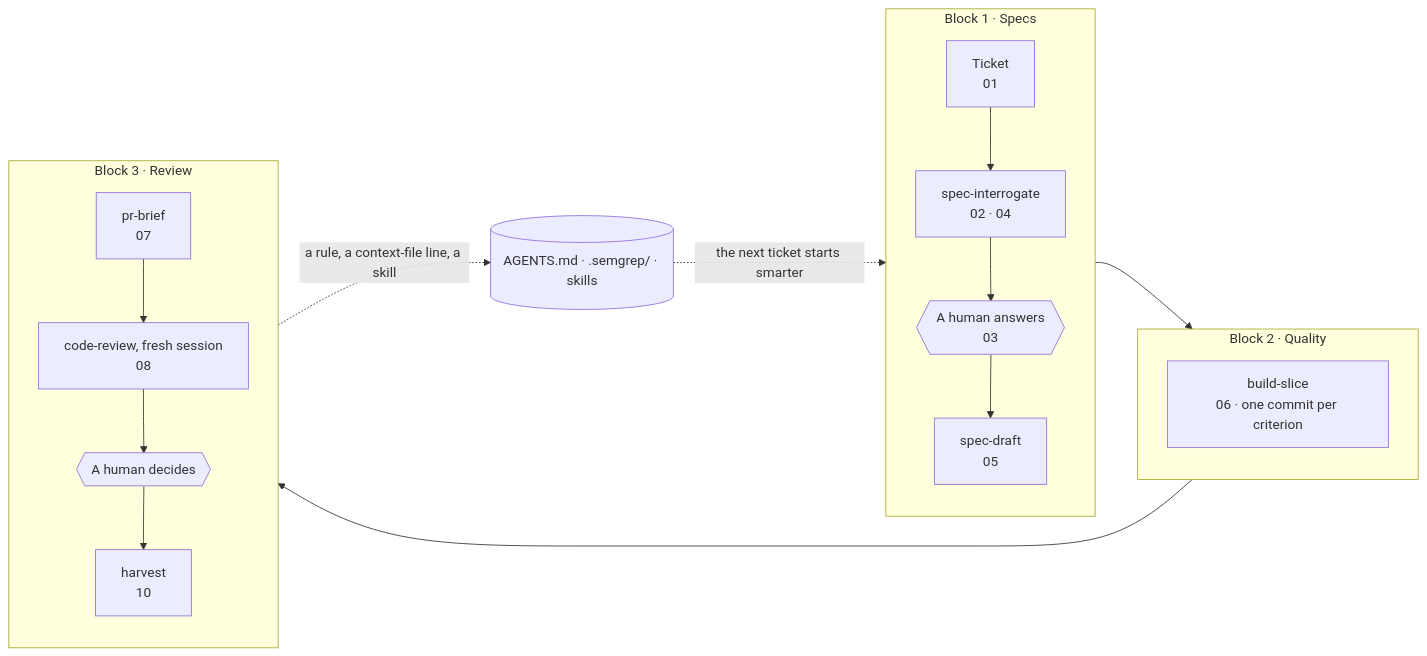
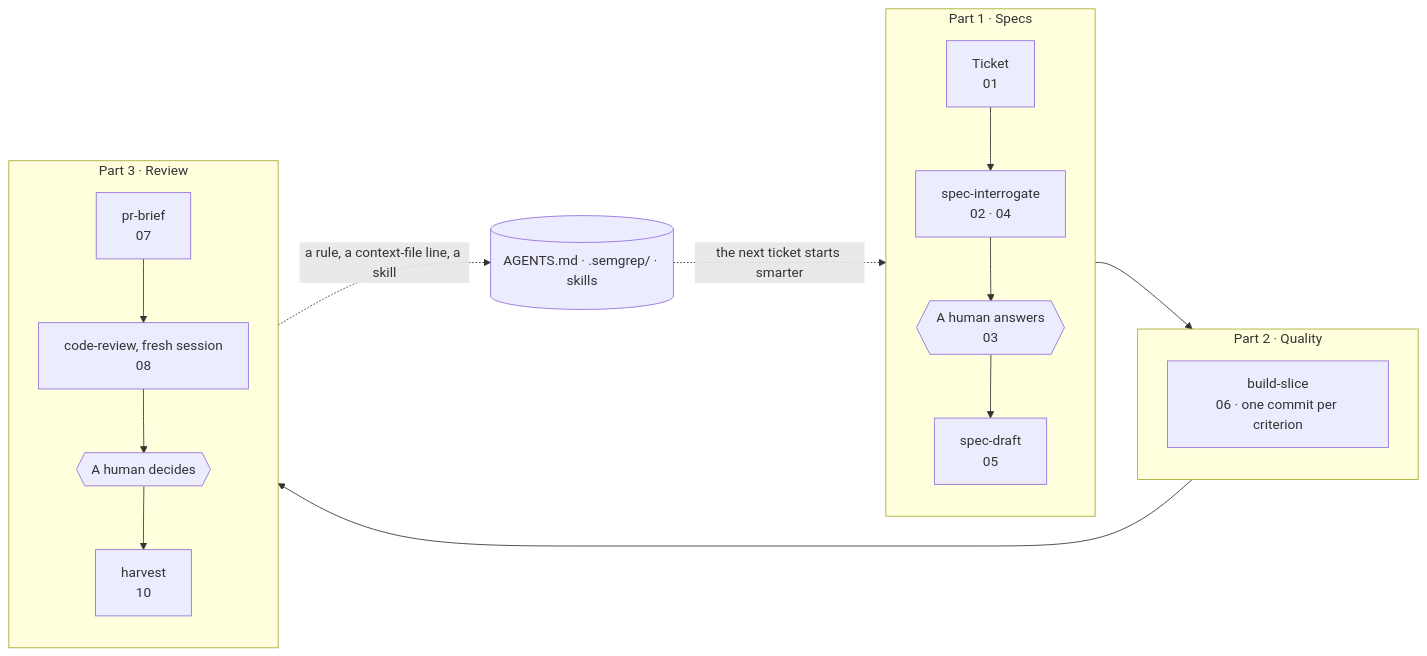
Before and after one commit to limsijie93/tt-masterclass-agentic-sdlc: the third of 9 diagrams in course/guide.md, drawn with Mermaid. The commit also changed other lines of this file and 28 other files, not shown here.

````diff
--- a/course/guide.md
+++ b/course/guide.md
@@ -63,22 +89,22 @@
 ```mermaid
 flowchart LR
-    subgraph specs["Block 1 · Specs"]
+    subgraph specs["Part 1 · Specs"]
         direction TB
         ticket["Ticket<br/>01"] --> si["spec-interrogate<br/>02 · 04"]
         si --> h1{{"A human answers<br/>03"}}
         h1 --> sd["spec-draft<br/>05"]
     end
-    subgraph quality["Block 2 · Quality"]
+    subgraph quality["Part 2 · Quality"]
         direction TB
         bs["build-slice<br/>06 · one commit per criterion"]
     end
-    subgraph review["Block 3 · Review"]
+    subgraph review["Part 3 · Review"]
         direction TB
         pb["pr-brief<br/>07"] --> cr["code-review, fresh session<br/>08"]
         cr --> h2{{"A human decides"}}
         h2 --> hv["harvest<br/>10"]
     end
     sd --> bs --> pb
     hv -. "a rule, a context-file line, a skill" .-> repo[("AGENTS.md · .semgrep/ · skills")]
     repo -. "the next ticket starts smarter" .-> ticket
 ```
````
